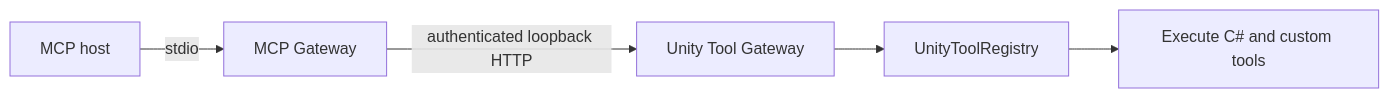
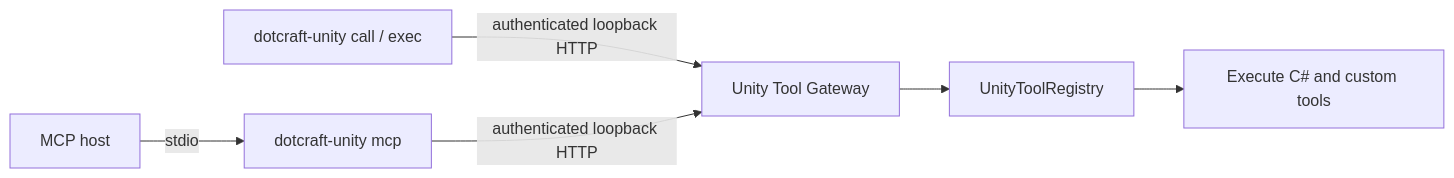
The diagram in Documentation~/tool-gateway.md (DotHarness/dotcraft-unity), drawn with Mermaid before and after one commit. The commit also changed other lines of this file and 32 other files, not shown here.

Commit message:
feat: add unified Unity CLI and bump to 0.3.1

````diff
--- a/Documentation~/tool-gateway.md
+++ b/Documentation~/tool-gateway.md
@@ -5,7 +5,8 @@
 ```mermaid
 flowchart LR
-    Host[MCP host] -->|stdio| Gateway[MCP Gateway]
+    Host[MCP host] -->|stdio| Gateway[dotcraft-unity mcp]
+    CLI[dotcraft-unity call / exec] -->|authenticated loopback HTTP| ToolGateway
     Gateway -->|authenticated loopback HTTP| ToolGateway[Unity Tool Gateway]
     ToolGateway --> Registry[UnityToolRegistry]
     Registry --> Tools[Execute C# and custom tools]
 ```
````
